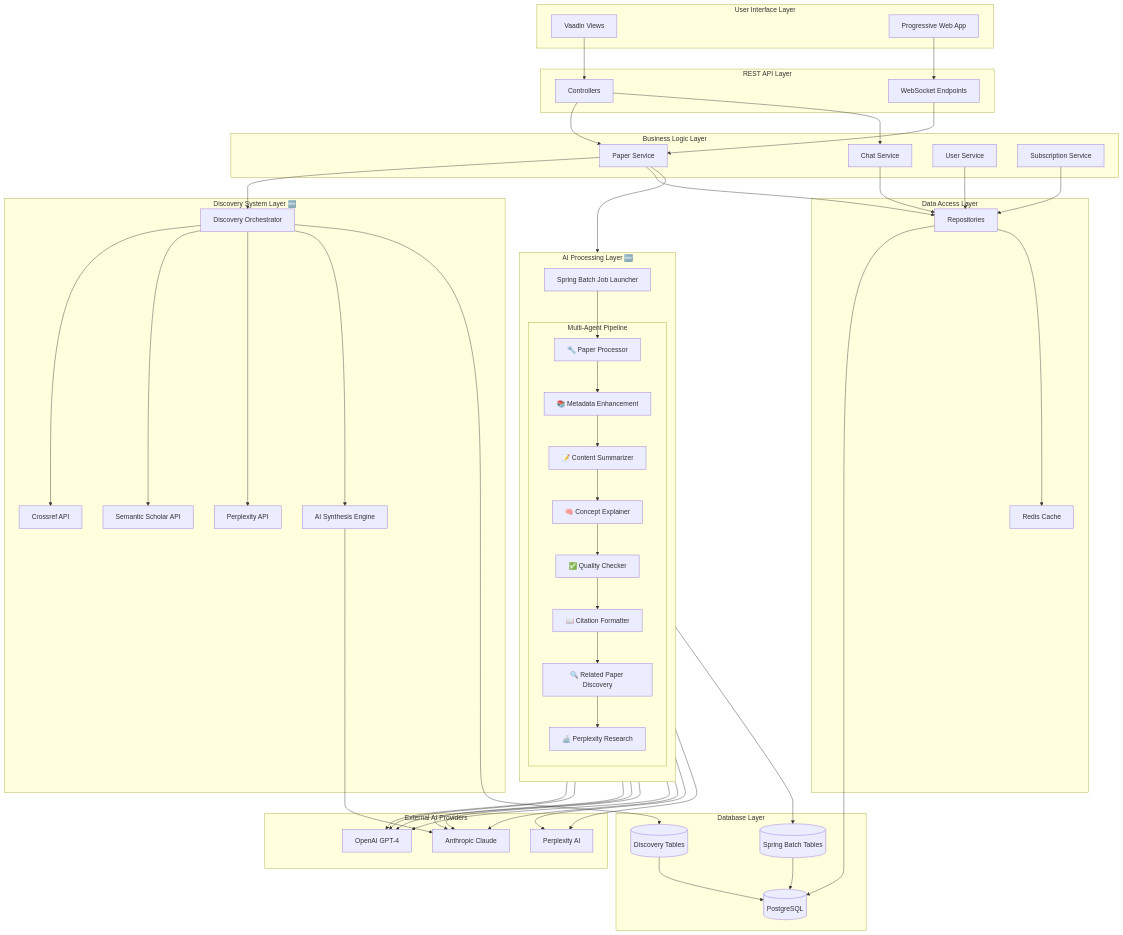
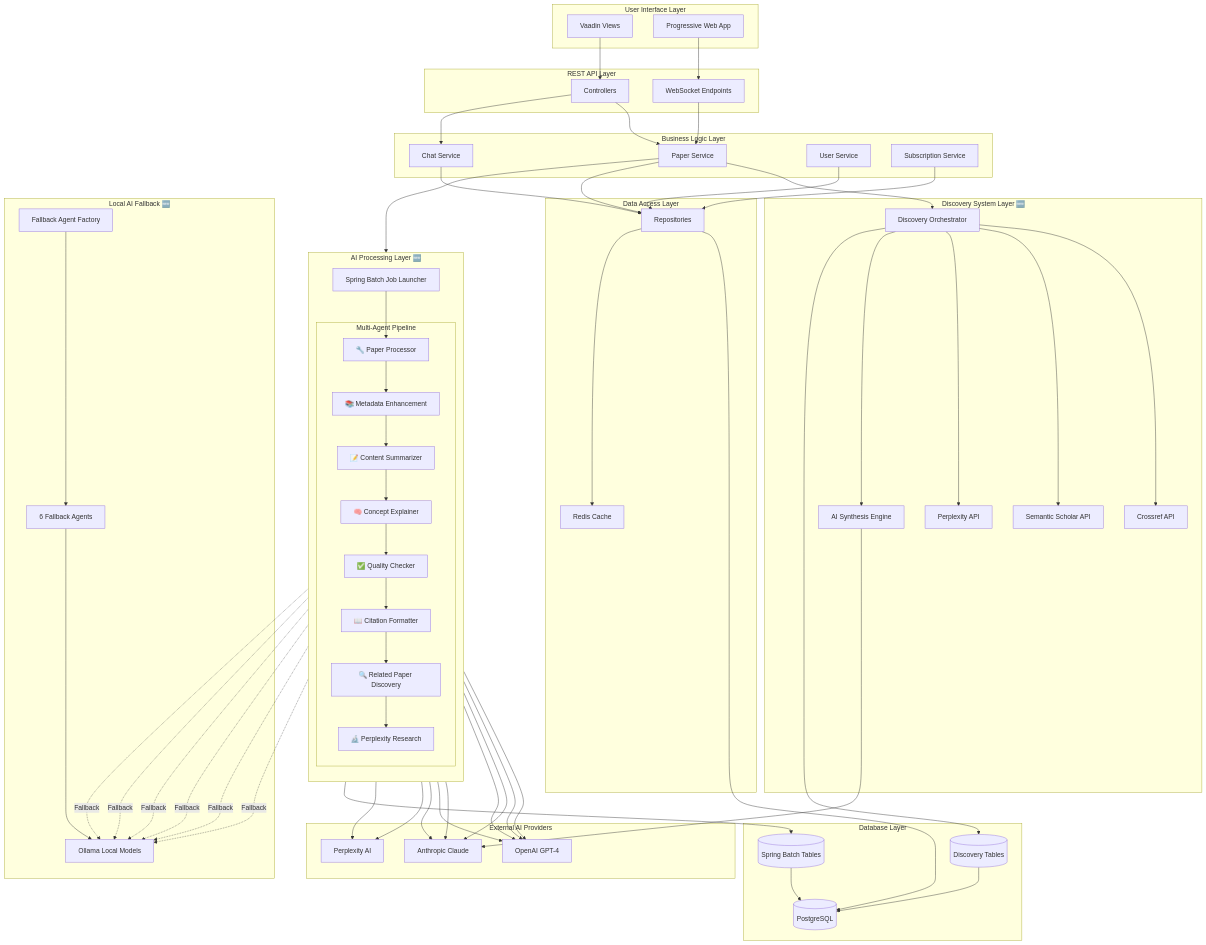
One commit to ToanPV90/answer42 changed the first of 3 diagrams in README.md. Above: the diagram before and after it, drawn with Mermaid. The commit also changed other lines of this file, not shown here.

First line of the commit message:
docs: Update README with Ollama Local Fallback Integration

```diff
--- a/README.md
+++ b/README.md
@@ -160,6 +187,12 @@
         PERP[Perplexity AI]
     end
     
+    subgraph "Local AI Fallback 🆕"
+        OLLAMA[Ollama Local Models]
+        FB_FACTORY[Fallback Agent Factory]
+        FB_AGENTS[6 Fallback Agents]
+    end
+    
     UI --> CTRL
     PWA --> WS
     CTRL --> PS
@@ -194,6 +227,17 @@
     
     AI --> CLAUDE
     
+    %% Fallback connections (when cloud providers fail)
+    A1 -.->|Fallback| OLLAMA
+    A2 -.->|Fallback| OLLAMA
+    A3 -.->|Fallback| OLLAMA
+    A4 -.->|Fallback| OLLAMA
+    A5 -.->|Fallback| OLLAMA
+    A6 -.->|Fallback| OLLAMA
+    
+    FB_FACTORY --> FB_AGENTS
+    FB_AGENTS --> OLLAMA
+    
     PS --> REPO
     CS --> REPO
     US --> REPO
```
